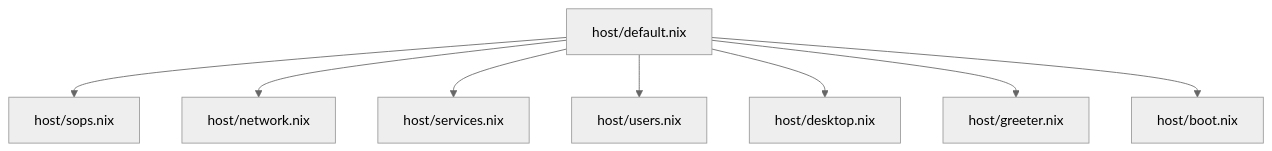
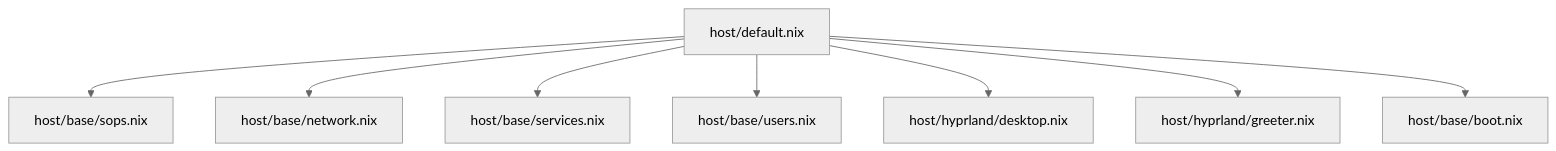
One commit to Shangshui0302/myNixOSConfig changed the first of 2 diagrams in wiki/security/index.md. Above: the diagram before and after it, drawn with Mermaid (neutral theme). The commit also changed other lines of this file and 53 other files, not shown here.

````diff
--- a/wiki/security/index.md
+++ b/wiki/security/index.md
@@ -42,10 +42,10 @@
 ```mermaid
 graph TB
-A["host/default.nix"] --> B["host/sops.nix"]
-A --> C["host/network.nix"]
-A --> D["host/services.nix"]
-A --> E["host/users.nix"]
-A --> F["host/desktop.nix"]
-A --> G["host/greeter.nix"]
-A --> H["host/boot.nix"]
+A["host/default.nix"] --> B["host/base/sops.nix"]
+A --> C["host/base/network.nix"]
+A --> D["host/base/services.nix"]
+A --> E["host/base/users.nix"]
+A --> F["host/hyprland/desktop.nix"]
+A --> G["host/hyprland/greeter.nix"]
+A --> H["host/base/boot.nix"]
 ```
````
